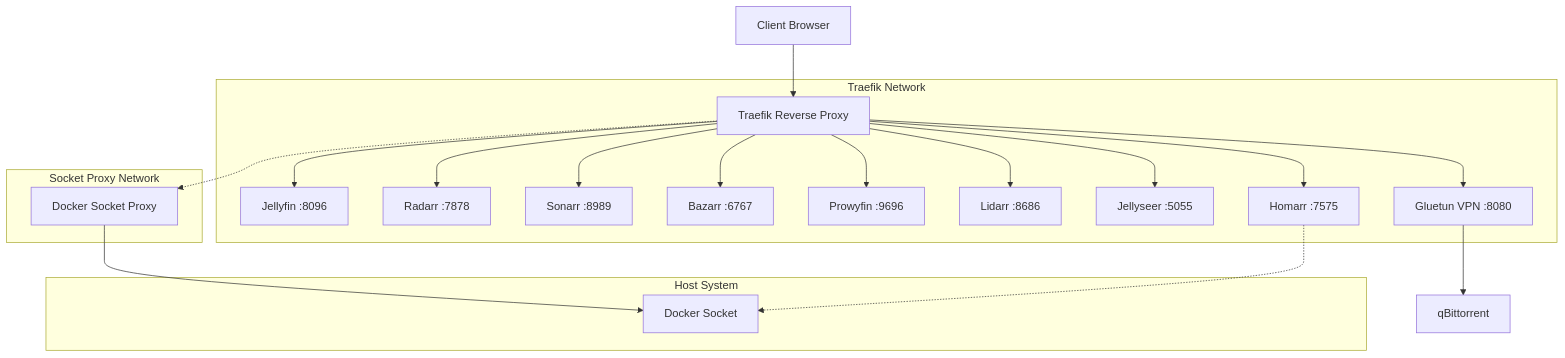
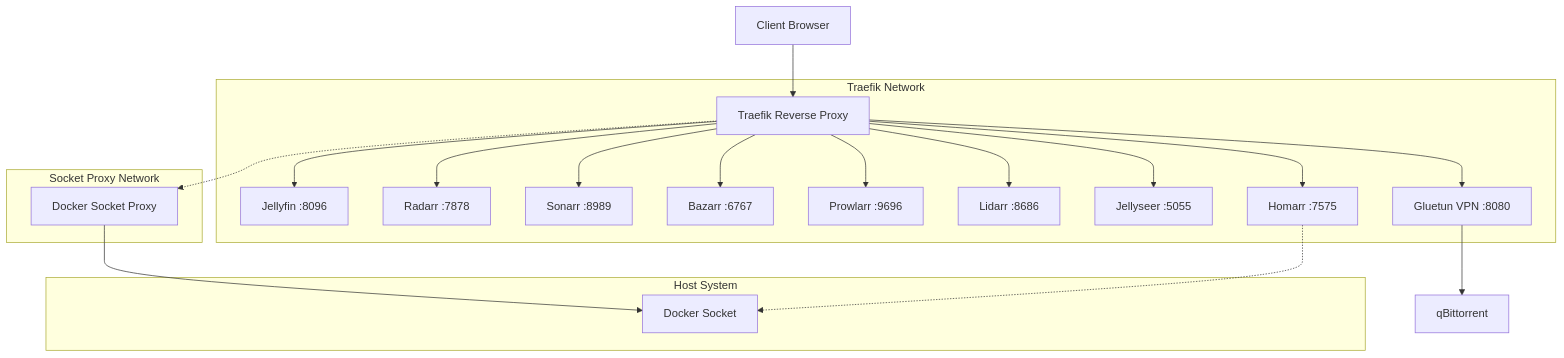
One commit to gartcimore/parr changed the diagram in readme.md. Above: the diagram before and after it, drawn with Mermaid.

Commit message:
fix typo in chart

````diff
--- a/readme.md
+++ b/readme.md
@@ -8,40 +8,40 @@
 ```mermaid
 flowchart TD
     Client[Client Browser] --> Traefik[Traefik Reverse Proxy]
     Traefik -.-> SocketProxy[Docker Socket Proxy]
     SocketProxy --> DockerSocket[Docker Socket]
     
     Traefik --> Jellyfin[Jellyfin :8096]
     Traefik --> Radarr[Radarr :7878]
     Traefik --> Sonarr[Sonarr :8989]
     Traefik --> Bazarr[Bazarr :6767]
-    Traefik --> Prowlarr[Prowyfin :9696]
+    Traefik --> Prowlarr[Prowlarr :9696]
     Traefik --> Lidarr[Lidarr :8686]
     Traefik --> Jellyseer[Jellyseer :5055]
     Traefik --> Homarr[Homarr :7575]
     Traefik --> Gluetun[Gluetun VPN :8080]
     Gluetun --> QBittorrent[qBittorrent]
     
     Homarr -.-> DockerSocket
     
     subgraph SocketNet[Socket Proxy Network]
         SocketProxy
     end
     
     subgraph TraefikNet[Traefik Network]
         Traefik
         Jellyfin
         Radarr
         Sonarr
         Bazarr
         Prowlarr
         Lidarr
         Jellyseer
         Homarr
         Gluetun
     end
     
     subgraph Host[Host System]
         DockerSocket
     end
 ```
````
